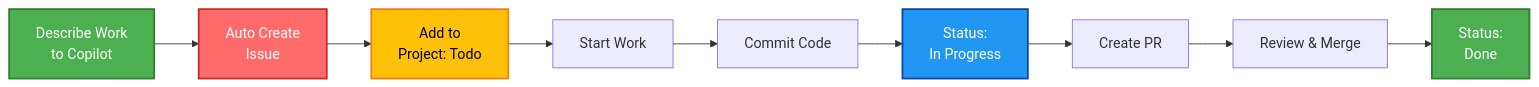
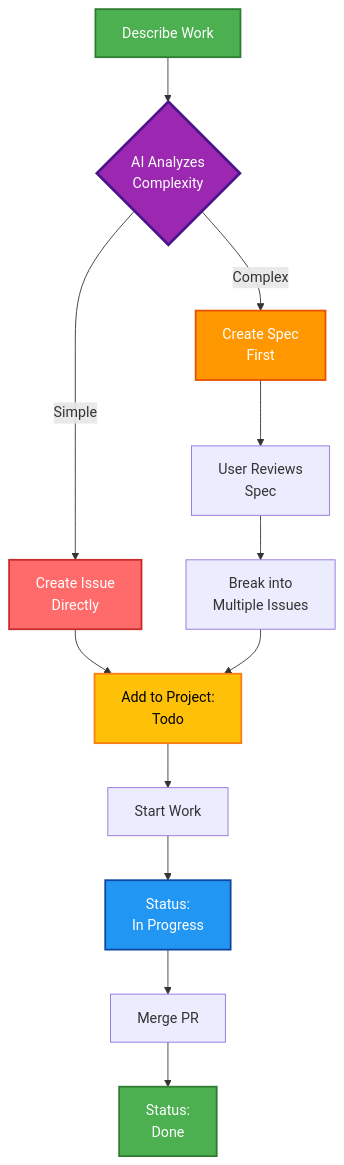
Before and after one commit to leopagotto/ingvar-kit: the second of 2 diagrams in README.md, drawn with Mermaid. The commit also changed other lines of this file and 5 other files, not shown here.

First line of the commit message:
feat: v2.4.0 - Intelligent spec-first decision making

````diff
--- a/README.md
+++ b/README.md
@@ -100,17 +102,22 @@
 ```mermaid
-graph LR
-    A[Describe Work<br/>to Copilot] --> B[Auto Create<br/>Issue]
-    B --> C[Add to<br/>Project: Todo]
-    C --> D[Start Work]
-    D --> E[Commit Code]
-    E --> F[Status:<br/>In Progress]
-    F --> G[Create PR]
-    G --> H[Review & Merge]
-    H --> I[Status:<br/>Done]
+graph TB
+    A[Describe Work] --> B{AI Analyzes<br/>Complexity}
+    B -->|Simple| C[Create Issue<br/>Directly]
+    B -->|Complex| D[Create Spec<br/>First]
+    D --> E[User Reviews<br/>Spec]
+    E --> F[Break into<br/>Multiple Issues]
+    C --> G[Add to Project:<br/>Todo]
+    F --> G
+    G --> H[Start Work]
+    H --> I[Status:<br/>In Progress]
+    I --> J[Merge PR]
+    J --> K[Status:<br/>Done]
     
     style A fill:#4CAF50,stroke:#2E7D32,stroke-width:2px,color:#fff
-    style B fill:#FF6B6B,stroke:#C92A2A,stroke-width:2px,color:#fff
-    style C fill:#FFC107,stroke:#F57F17,stroke-width:2px,color:#000
-    style F fill:#2196F3,stroke:#0D47A1,stroke-width:2px,color:#fff
-    style I fill:#4CAF50,stroke:#2E7D32,stroke-width:2px,color:#fff
+    style B fill:#9C27B0,stroke:#4A148C,stroke-width:3px,color:#fff
+    style D fill:#FF9800,stroke:#E65100,stroke-width:2px,color:#fff
+    style C fill:#FF6B6B,stroke:#C92A2A,stroke-width:2px,color:#fff
+    style G fill:#FFC107,stroke:#F57F17,stroke-width:2px,color:#000
+    style I fill:#2196F3,stroke:#0D47A1,stroke-width:2px,color:#fff
+    style K fill:#4CAF50,stroke:#2E7D32,stroke-width:2px,color:#fff
 ```
````
